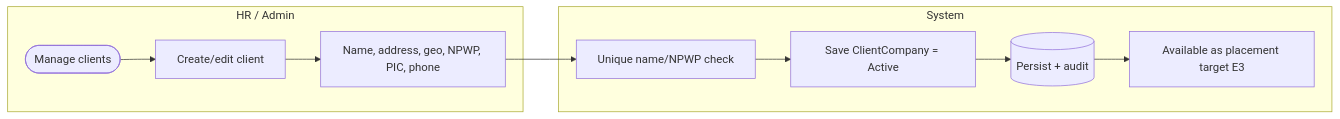
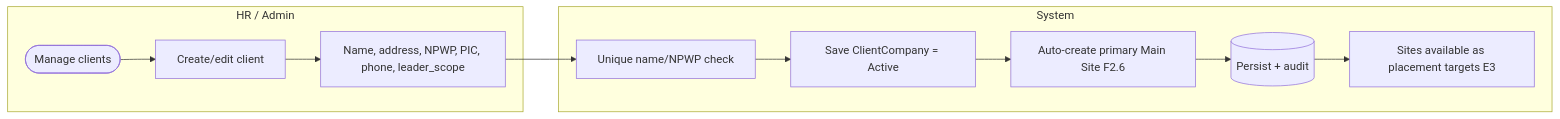
One commit to hariszaki17/hris-outsource changed the fourth of 7 diagrams in docs/epics/E2-identity/FEATURE.md. Above: the diagram before and after it, drawn with Mermaid. The commit also changed other lines of this file and 41 other files, not shown here.

````diff
--- a/docs/epics/E2-identity/FEATURE.md
+++ b/docs/epics/E2-identity/FEATURE.md
@@ -195,13 +210,14 @@
 ```mermaid
 flowchart LR
     subgraph HR[HR / Admin]
         D1([Manage clients]) --> D2[Create/edit client]
-        D2 --> D3[Name, address, geo, NPWP, PIC, phone]
+        D2 --> D3[Name, address, NPWP, PIC, phone, leader_scope]
     end
     subgraph SYS[System]
         D3 --> E1[Unique name/NPWP check]
         E1 --> E2[Save ClientCompany = Active]
-        E2 --> E3[(Persist + audit)]
-        E3 --> E4[Available as placement target E3]
+        E2 --> E2b[Auto-create primary Main Site F2.6]
+        E2b --> E3[(Persist + audit)]
+        E3 --> E4[Sites available as placement targets E3]
     end
 ```
````
